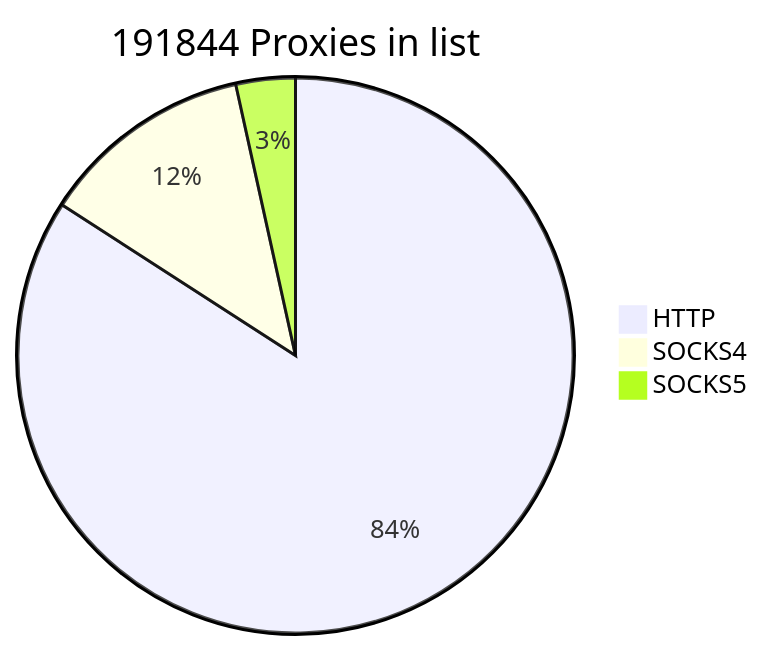
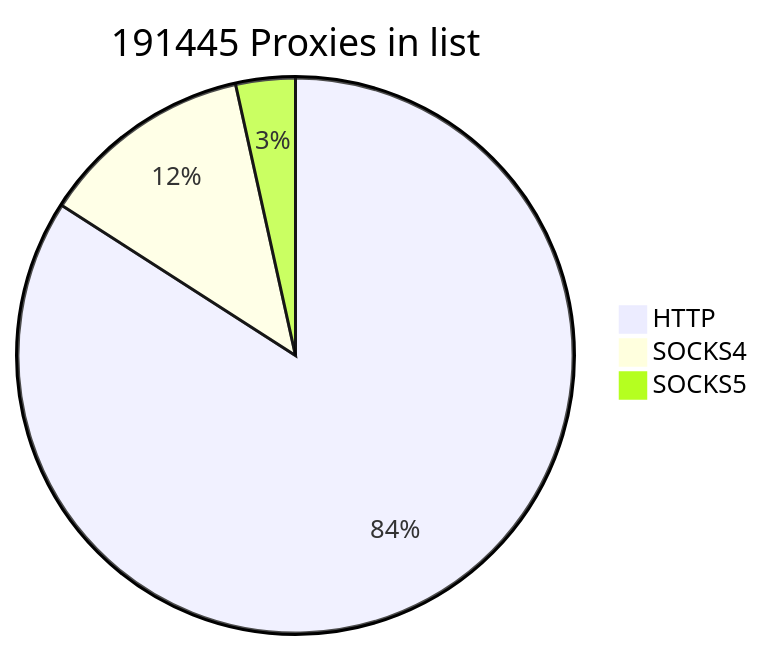
Before and after one commit to cutipu/proxylist: the first of 2 diagrams in README.md, drawn with Mermaid. The commit also changed other lines of this file, not shown here.

````diff
--- a/README.md
+++ b/README.md
@@ -2,7 +2,7 @@
 ```mermaid
-pie title 191844 Proxies in list
-    "HTTP" : 161388
+pie title 191445 Proxies in list
+    "HTTP" : 160988
     "SOCKS4" : 23830
-    "SOCKS5" : 6626
+    "SOCKS5" : 6627
             
 ```
````
